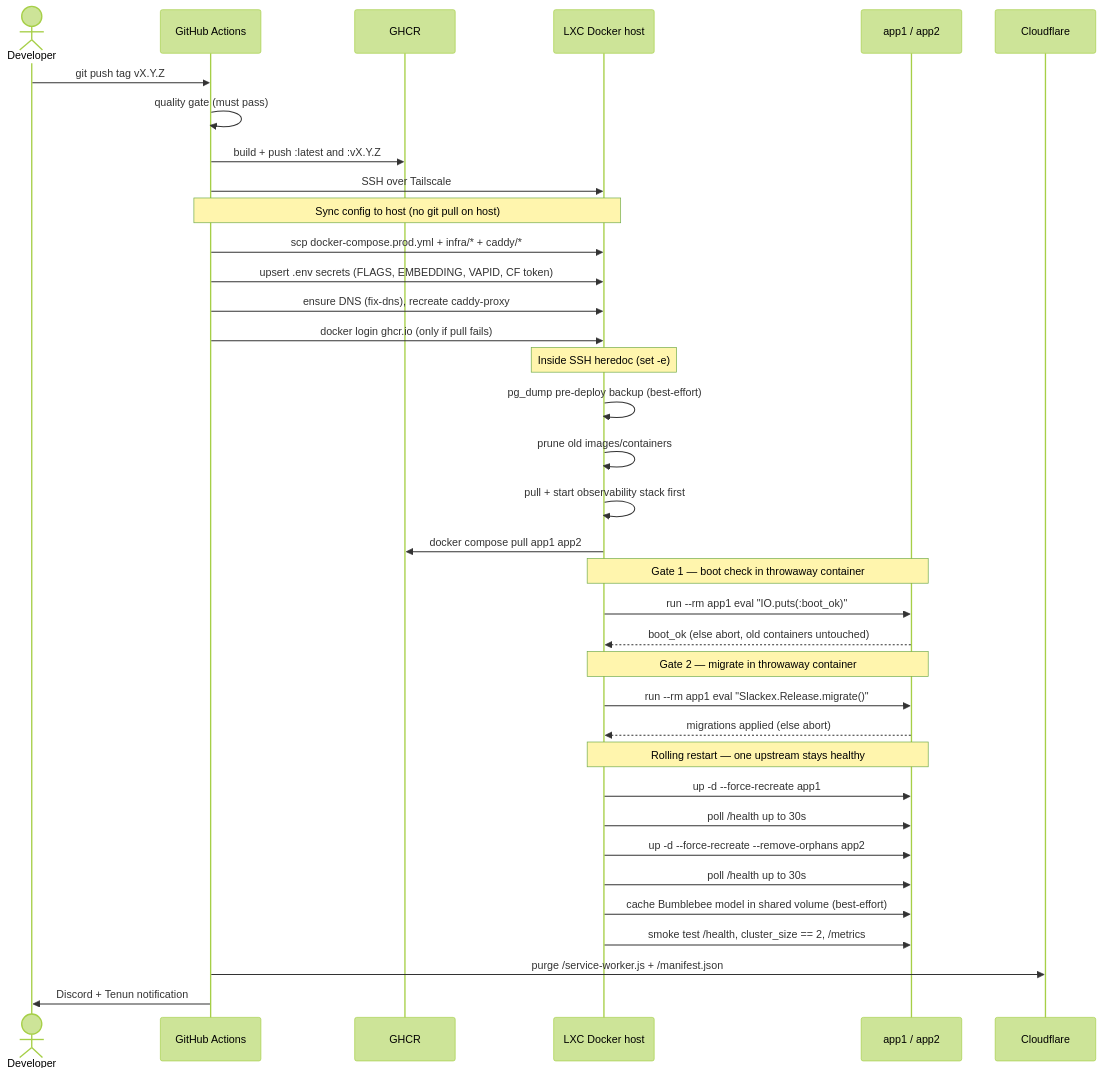
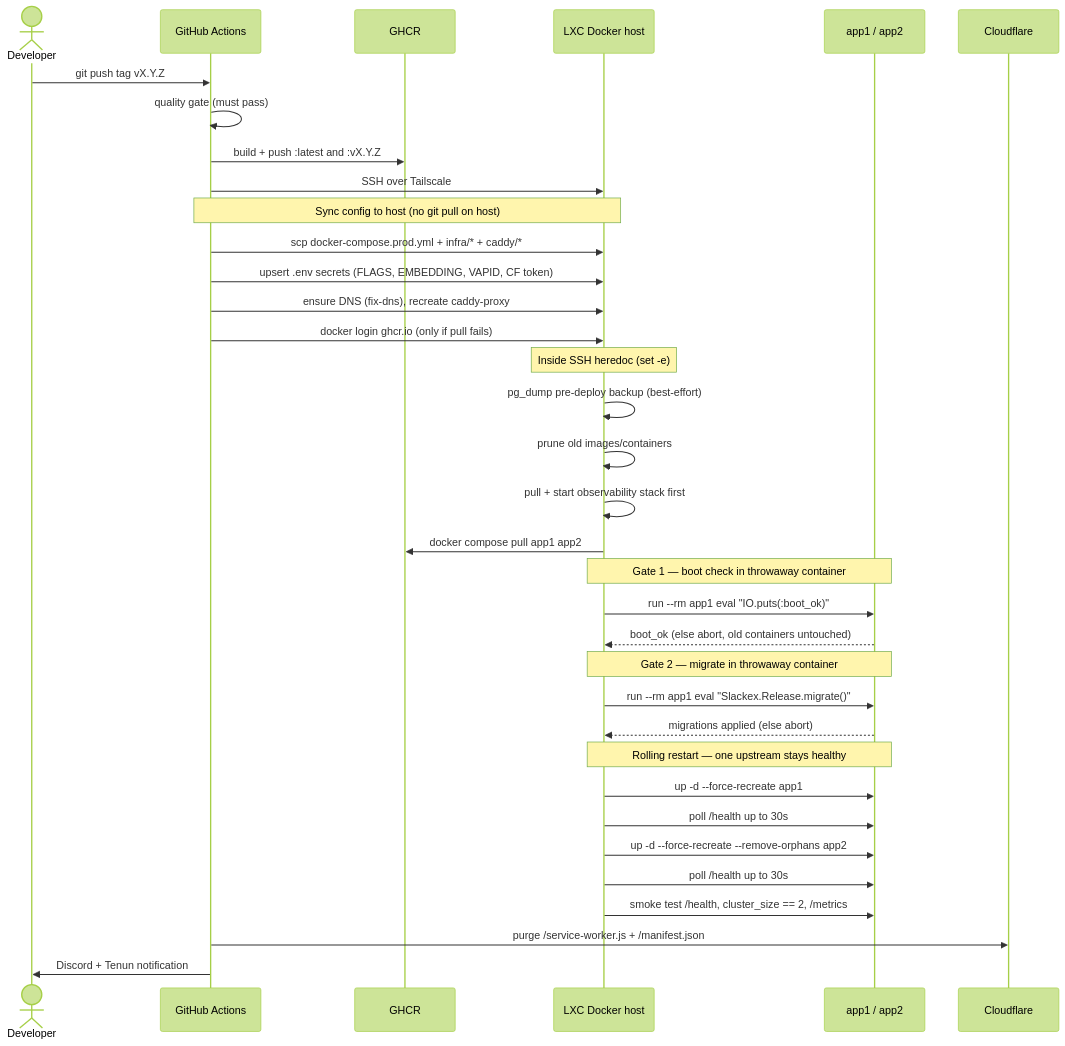
The second of 2 diagrams in docs/architecture/deployment-topology.md (d-j-will/slackex), drawn with Mermaid (forest theme) before and after one commit. The commit also changed other lines of this file and 1 other file, not shown here.

Commit message:
docs(architecture): reflect removal of local ML inference (DeepInfra API only)

````diff
--- a/docs/architecture/deployment-topology.md
+++ b/docs/architecture/deployment-topology.md
@@ -113,45 +113,44 @@
 ```mermaid
 sequenceDiagram
   actor Dev as Developer
   participant GH as GitHub Actions
   participant GHCR as GHCR
   participant Host as LXC Docker host
   participant App as app1 / app2
   participant CF as Cloudflare
 
   Dev->>GH: git push tag vX.Y.Z
   GH->>GH: quality gate (must pass)
   GH->>GHCR: build + push :latest and :vX.Y.Z
   GH->>Host: SSH over Tailscale
 
   Note over GH,Host: Sync config to host (no git pull on host)
   GH->>Host: scp docker-compose.prod.yml + infra/* + caddy/*
   GH->>Host: upsert .env secrets (FLAGS, EMBEDDING, VAPID, CF token)
   GH->>Host: ensure DNS (fix-dns), recreate caddy-proxy
   GH->>Host: docker login ghcr.io (only if pull fails)
 
   Note over Host: Inside SSH heredoc (set -e)
   Host->>Host: pg_dump pre-deploy backup (best-effort)
   Host->>Host: prune old images/containers
   Host->>Host: pull + start observability stack first
   Host->>GHCR: docker compose pull app1 app2
 
   Note over Host,App: Gate 1 — boot check in throwaway container
   Host->>App: run --rm app1 eval "IO.puts(:boot_ok)"
   App-->>Host: boot_ok (else abort, old containers untouched)
 
   Note over Host,App: Gate 2 — migrate in throwaway container
   Host->>App: run --rm app1 eval "Slackex.Release.migrate()"
   App-->>Host: migrations applied (else abort)
 
   Note over Host,App: Rolling restart — one upstream stays healthy
   Host->>App: up -d --force-recreate app1
   Host->>App: poll /health up to 30s
   Host->>App: up -d --force-recreate --remove-orphans app2
   Host->>App: poll /health up to 30s
 
-  Host->>App: cache Bumblebee model in shared volume (best-effort)
   Host->>App: smoke test /health, cluster_size == 2, /metrics
   GH->>CF: purge /service-worker.js + /manifest.json
   GH->>Dev: Discord + Tenun notification
 ```
````
